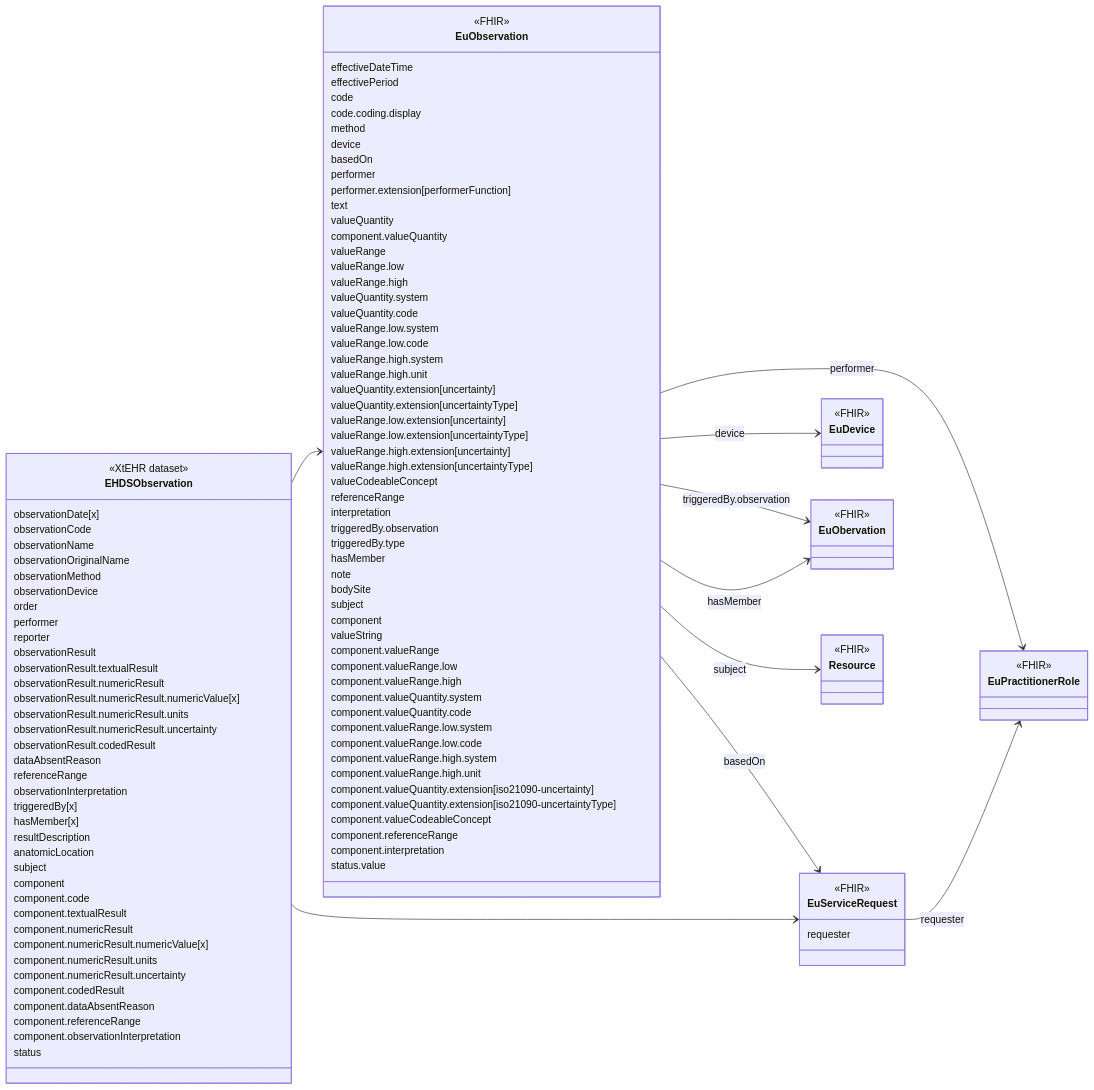
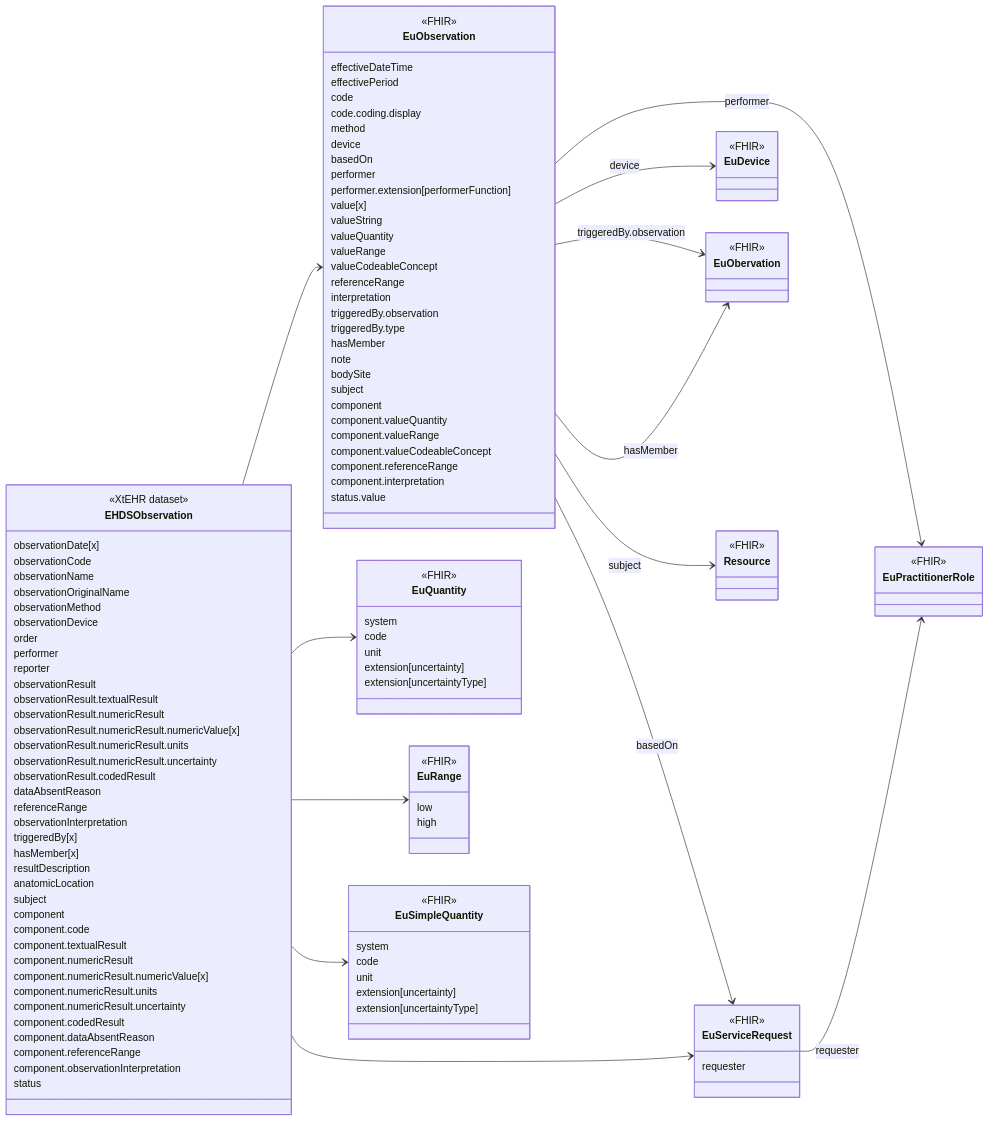
The diagram in input/intro-notes/ConceptMap-EHDSObservationMap-intro.md (oijauregui/ehdsimaging), drawn with Mermaid before and after one commit. The commit also changed 11 other files, not shown here.

````diff
--- a/input/intro-notes/ConceptMap-EHDSObservationMap-intro.md
+++ b/input/intro-notes/ConceptMap-EHDSObservationMap-intro.md
@@ -56,24 +56,10 @@
   basedOn
   performer
   performer.extension[performerFunction]
-  text
+  value[x]
+  valueString
   valueQuantity
-  component.valueQuantity
   valueRange
-  valueRange.low
-  valueRange.high
-  valueQuantity.system
-  valueQuantity.code
-  valueRange.low.system
-  valueRange.low.code
-  valueRange.high.system
-  valueRange.high.unit
-  valueQuantity.extension[uncertainty]
-  valueQuantity.extension[uncertaintyType]
-  valueRange.low.extension[uncertainty]
-  valueRange.low.extension[uncertaintyType]
-  valueRange.high.extension[uncertainty]
-  valueRange.high.extension[uncertaintyType]
   valueCodeableConcept
   referenceRange
   interpretation
@@ -84,18 +70,8 @@
   bodySite
   subject
   component
-  valueString
+  component.valueQuantity
   component.valueRange
-  component.valueRange.low
-  component.valueRange.high
-  component.valueQuantity.system
-  component.valueQuantity.code
-  component.valueRange.low.system
-  component.valueRange.low.code
-  component.valueRange.high.system
-  component.valueRange.high.unit
-  component.valueQuantity.extension[iso21090-uncertainty]
-  component.valueQuantity.extension[iso21090-uncertaintyType]
   component.valueCodeableConcept
   component.referenceRange
   component.interpretation
@@ -105,6 +81,30 @@
 class EuServiceRequest{
   <<FHIR>>
   requester
+}
+
+class EuQuantity{
+  <<FHIR>>
+  system
+  code
+  unit
+  extension[uncertainty]
+  extension[uncertaintyType]
+}
+
+class EuRange{
+  <<FHIR>>
+  low
+  high
+}
+
+class EuSimpleQuantity{
+  <<FHIR>>
+  system
+  code
+  unit
+  extension[uncertainty]
+  extension[uncertaintyType]
 }
 
 class EuDevice {
@@ -131,4 +131,7 @@
 EuObservation --> Resource : subject
 EHDSObservation --> EuServiceRequest
 EuServiceRequest --> EuPractitionerRole : requester
+EHDSObservation --> EuQuantity
+EHDSObservation --> EuRange
+EHDSObservation --> EuSimpleQuantity
 ```
````
